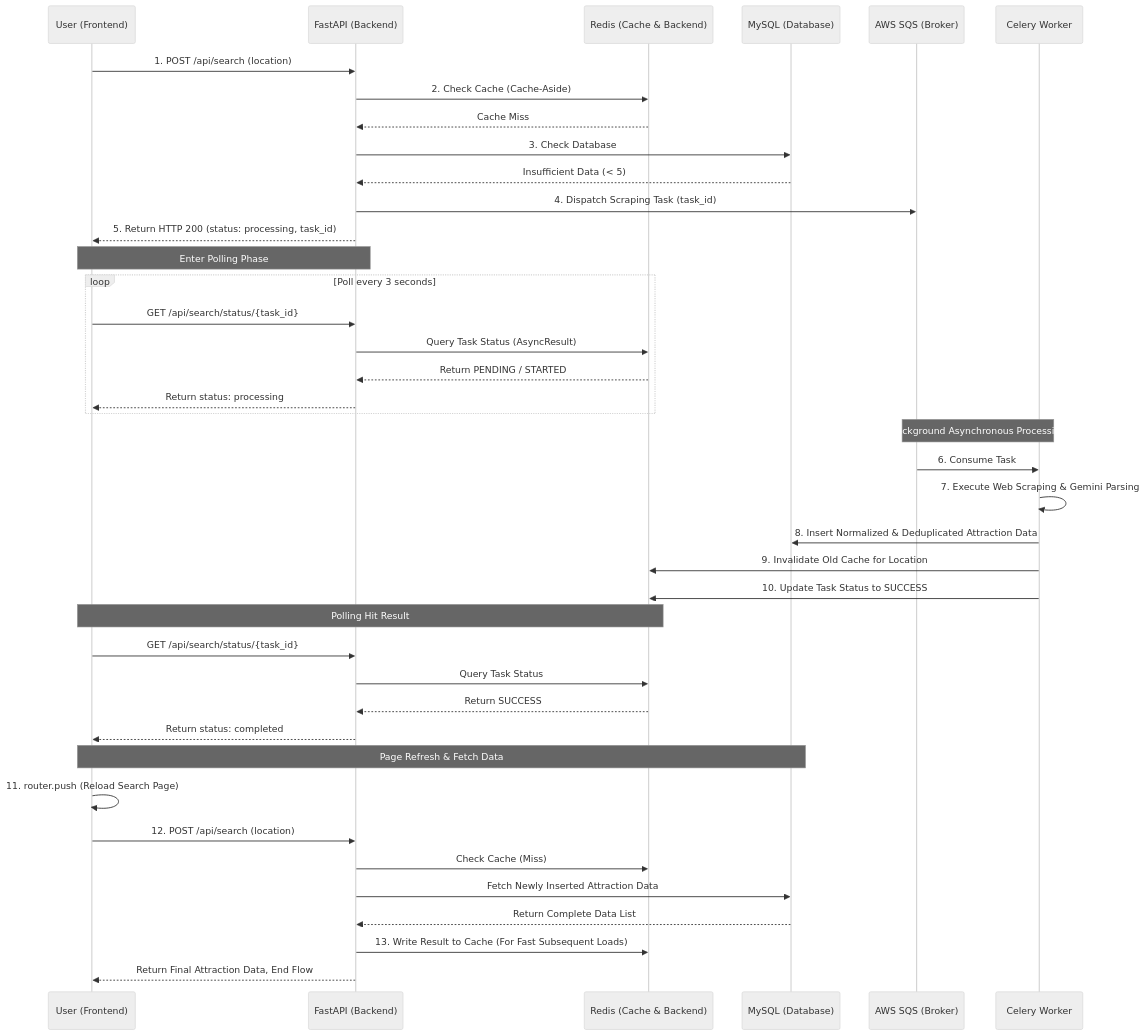
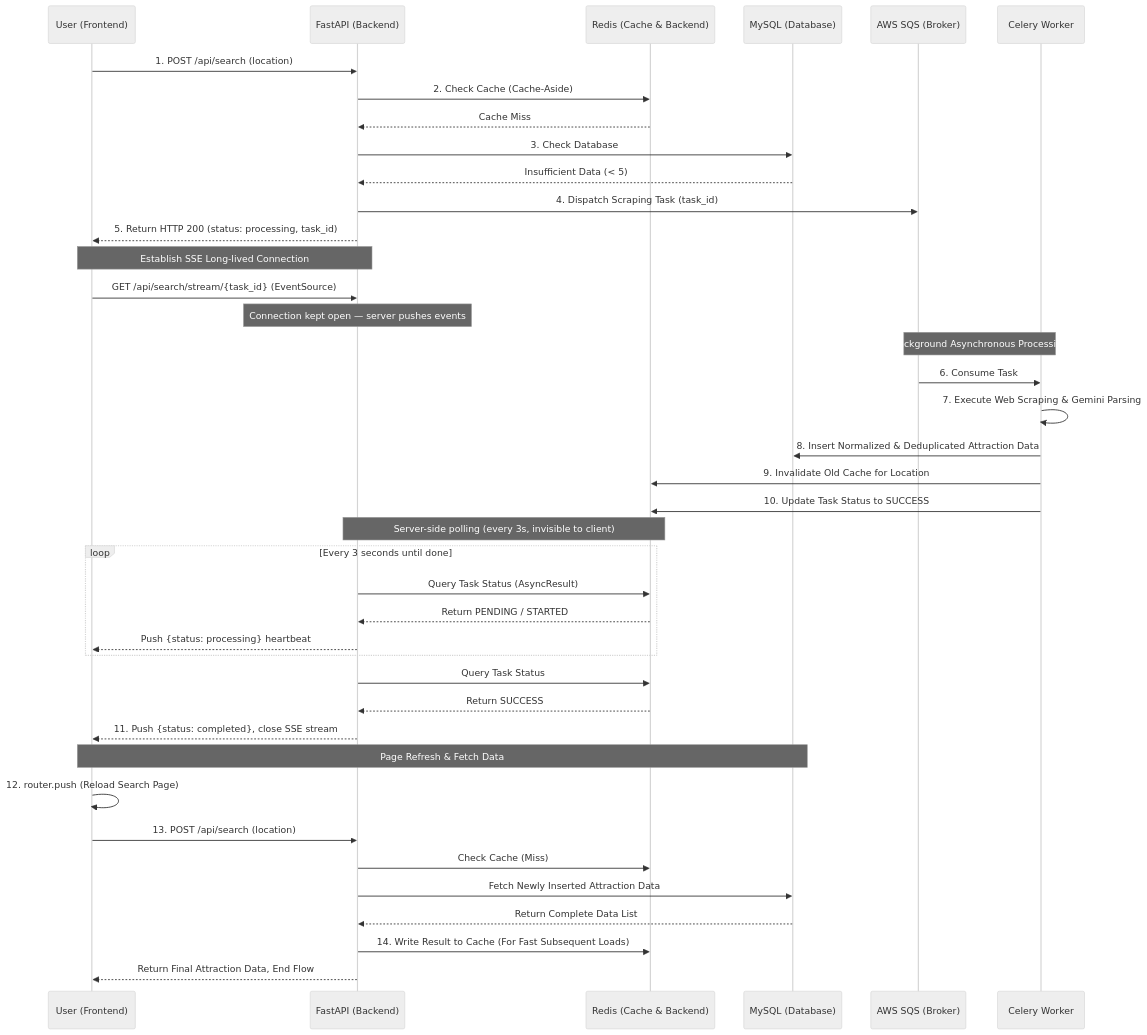
One commit to LINKUANYU/easy-travel-scheduler changed the first of 2 diagrams in README.md. Above: the diagram before and after it, drawn with Mermaid (neutral theme). The commit also changed other lines of this file, not shown here.

Commit message:
UPDATE: README.md

````diff
--- a/README.md
+++ b/README.md
@@ -59,47 +59,48 @@
 ```mermaid
 sequenceDiagram
     participant U as User (Frontend)
     participant F as FastAPI (Backend)
     participant R as Redis (Cache & Backend)
     participant DB as MySQL (Database)
     participant SQS as AWS SQS (Broker)
     participant W as Celery Worker
 
     U->>F: 1. POST /api/search (location)
     F->>R: 2. Check Cache (Cache-Aside)
     R-->>F: Cache Miss
     F->>DB: 3. Check Database
     DB-->>F: Insufficient Data (< 5)
     F->>SQS: 4. Dispatch Scraping Task (task_id)
     F-->>U: 5. Return HTTP 200 (status: processing, task_id)
-    
-    note over U,F: Enter Polling Phase
-    loop Poll every 3 seconds
-        U->>F: GET /api/search/status/{task_id}
-        F->>R: Query Task Status (AsyncResult)
-        R-->>F: Return PENDING / STARTED
-        F-->>U: Return status: processing
-    end
+
+    note over U,F: Establish SSE Long-lived Connection
+    U->>F: GET /api/search/stream/{task_id} (EventSource)
+    note over F: Connection kept open — server pushes events
 
     note over SQS,W: Background Asynchronous Processing
     SQS->>W: 6. Consume Task
     W->>W: 7. Execute Web Scraping & Gemini Parsing
     W->>DB: 8. Insert Normalized & Deduplicated Attraction Data
     W->>R: 9. Invalidate Old Cache for Location
     W->>R: 10. Update Task Status to SUCCESS
 
-    note over U,R: Polling Hit Result
-    U->>F: GET /api/search/status/{task_id}
+    note over F,R: Server-side polling (every 3s, invisible to client)
+    loop Every 3 seconds until done
+        F->>R: Query Task Status (AsyncResult)
+        R-->>F: Return PENDING / STARTED
+        F-->>U: Push {status: processing} heartbeat
+    end
+
     F->>R: Query Task Status
     R-->>F: Return SUCCESS
-    F-->>U: Return status: completed
-    
+    F-->>U: 11. Push {status: completed}, close SSE stream
+
     note over U,DB: Page Refresh & Fetch Data
-    U->>U: 11. router.push (Reload Search Page)
-    U->>F: 12. POST /api/search (location)
+    U->>U: 12. router.push (Reload Search Page)
+    U->>F: 13. POST /api/search (location)
     F->>R: Check Cache (Miss)
     F->>DB: Fetch Newly Inserted Attraction Data
     DB-->>F: Return Complete Data List
-    F->>R: 13. Write Result to Cache (For Fast Subsequent Loads)
+    F->>R: 14. Write Result to Cache (For Fast Subsequent Loads)
     F-->>U: Return Final Attraction Data, End Flow
 ```
````
